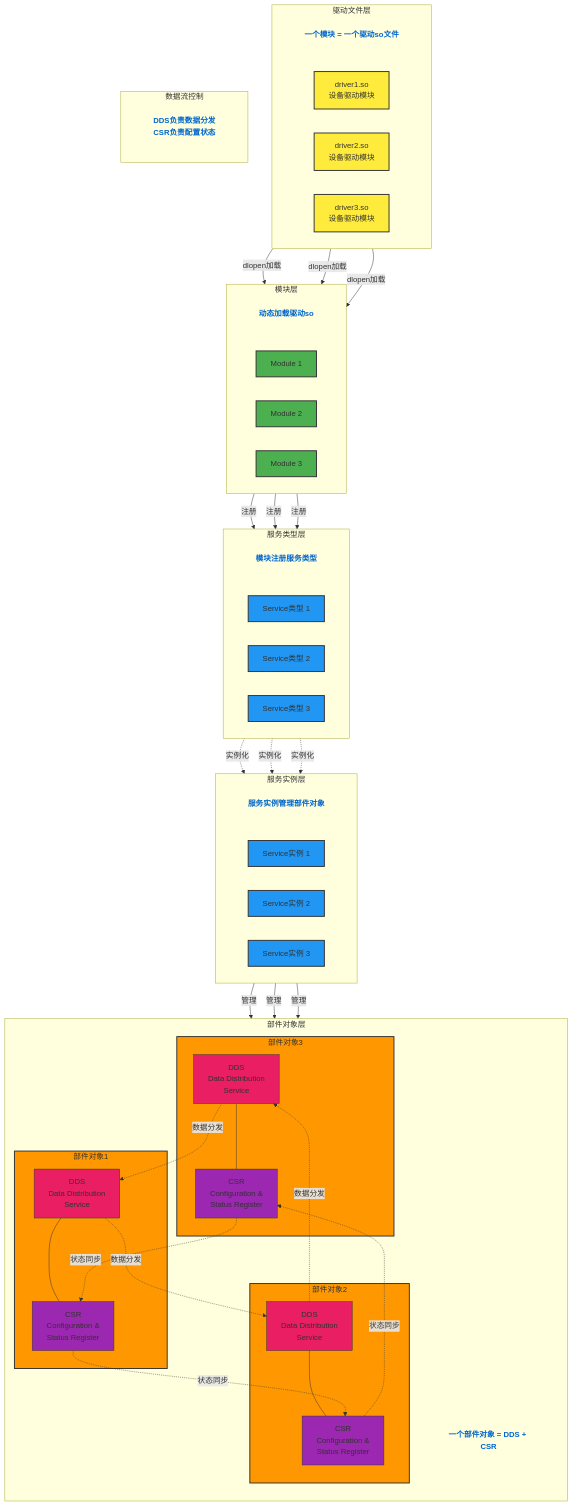
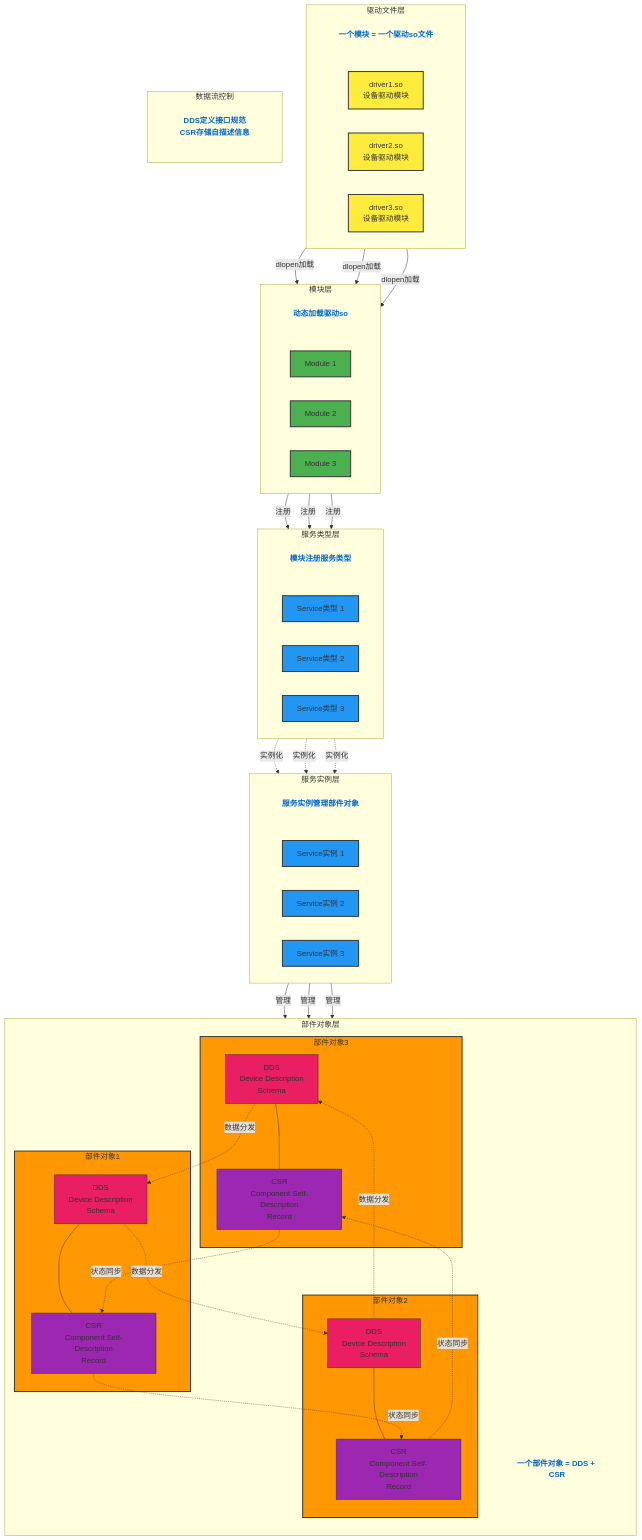
The fifth of 11 diagrams in docs/1.overview.md (RobertJYang/libmcpp), drawn with Mermaid before and after one commit. The commit also changed other lines of this file, not shown here.

```diff
--- a/docs/1.overview.md
+++ b/docs/1.overview.md
@@ -587,20 +587,20 @@
         ComponentDesc["一个部件对象 = DDS + CSR"]:::description
         
         subgraph Comp1["部件对象1"]
-            DDS1["DDS<br/>Data Distribution<br/>Service"]
-            CSR1["CSR<br/>Configuration &<br/>Status Register"]
+            DDS1["DDS<br/>Device Description<br/>Schema"]
+            CSR1["CSR<br/>Component Self-Description<br/>Record"]
             DDS1 --- CSR1
         end
         
         subgraph Comp2["部件对象2"]
-            DDS2["DDS<br/>Data Distribution<br/>Service"]
-            CSR2["CSR<br/>Configuration &<br/>Status Register"]
+            DDS2["DDS<br/>Device Description<br/>Schema"]
+            CSR2["CSR<br/>Component Self-Description<br/>Record"]
             DDS2 --- CSR2
         end
         
         subgraph Comp3["部件对象3"]
-            DDS3["DDS<br/>Data Distribution<br/>Service"]
-            CSR3["CSR<br/>Configuration &<br/>Status Register"]
+            DDS3["DDS<br/>Device Description<br/>Schema"]
+            CSR3["CSR<br/>Component Self-Description<br/>Record"]
             DDS3 --- CSR3
         end
     end
@@ -625,7 +625,7 @@
     %% 数据流和控制流
     subgraph DataFlow [数据流控制]
         direction LR
-        FlowDesc["DDS负责数据分发<br/>CSR负责配置状态"]:::description
+        FlowDesc["DDS定义接口规范<br/>CSR存储自描述信息"]:::description
         
         DDS1 -.->|数据分发| DDS2
         DDS2 -.->|数据分发| DDS3
```
